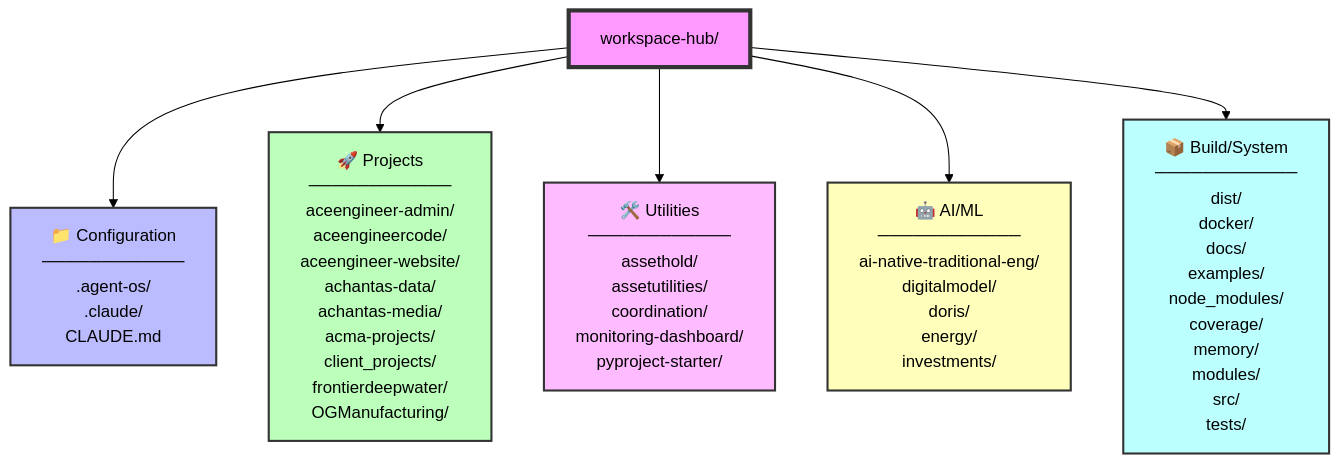
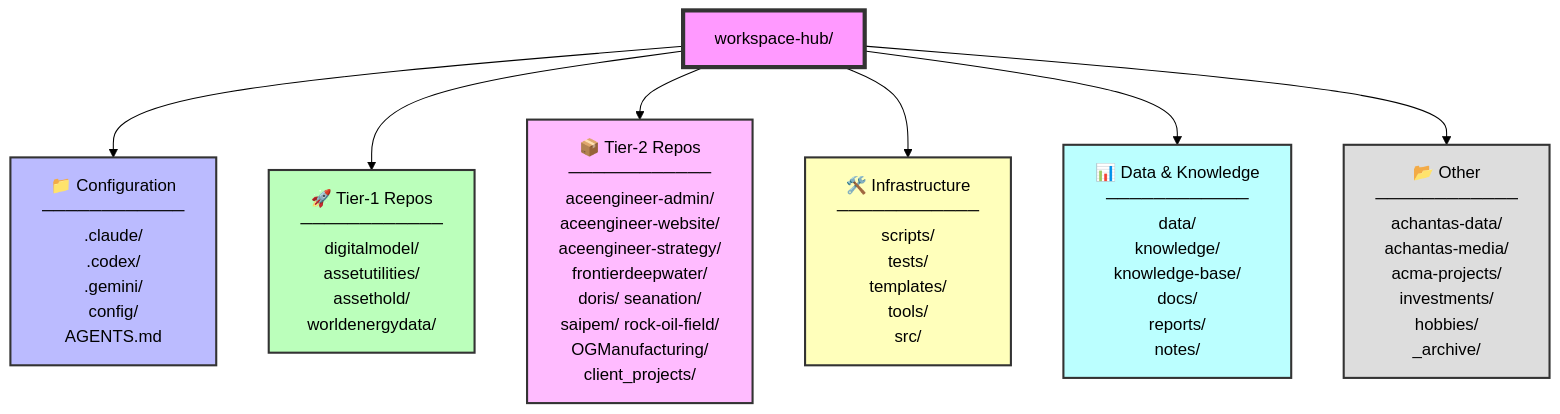
One commit to vamseeachanta/workspace-hub changed the first of 4 diagrams in docs/modules/ai-native/workspace-hub-structure.md. Above: the diagram before and after it, drawn with Mermaid (forest theme). The commit also changed other lines of this file, not shown here.

````diff
--- a/docs/modules/ai-native/workspace-hub-structure.md
+++ b/docs/modules/ai-native/workspace-hub-structure.md
@@ -8,21 +9,24 @@
 ```mermaid
 graph TB
     WH[workspace-hub/]
 
-    WH --> CONF["📁 Configuration<br/>────────────<br/>.agent-os/<br/>.claude/<br/>CLAUDE.md"]
+    WH --> CONFIG["📁 Configuration<br/>────────────<br/>.claude/<br/>.codex/<br/>.gemini/<br/>config/<br/>AGENTS.md"]
 
-    WH --> PROJ["🚀 Projects<br/>────────────<br/>aceengineer-admin/<br/>aceengineercode/<br/>aceengineer-website/<br/>achantas-data/<br/>achantas-media/<br/>acma-projects/<br/>client_projects/<br/>frontierdeepwater/<br/>OGManufacturing/"]
+    WH --> TIER1["🚀 Tier-1 Repos<br/>────────────<br/>digitalmodel/<br/>assetutilities/<br/>assethold/<br/>worldenergydata/"]
 
-    WH --> UTIL["🛠️ Utilities<br/>────────────<br/>assethold/<br/>assetutilities/<br/>coordination/<br/>monitoring-dashboard/<br/>pyproject-starter/"]
+    WH --> TIER2["📦 Tier-2 Repos<br/>────────────<br/>aceengineer-admin/<br/>aceengineer-website/<br/>aceengineer-strategy/<br/>frontierdeepwater/<br/>doris/ seanation/<br/>saipem/ rock-oil-field/<br/>OGManufacturing/<br/>client_projects/"]
 
-    WH --> AIML["🤖 AI/ML<br/>────────────<br/>ai-native-traditional-eng/<br/>digitalmodel/<br/>doris/<br/>energy/<br/>investments/"]
+    WH --> INFRA["🛠️ Infrastructure<br/>────────────<br/>scripts/<br/>tests/<br/>templates/<br/>tools/<br/>src/"]
 
-    WH --> BUILD["📦 Build/System<br/>────────────<br/>dist/<br/>docker/<br/>docs/<br/>examples/<br/>node_modules/<br/>coverage/<br/>memory/<br/>modules/<br/>src/<br/>tests/"]
+    WH --> DATA["📊 Data & Knowledge<br/>────────────<br/>data/<br/>knowledge/<br/>knowledge-base/<br/>docs/<br/>reports/<br/>notes/"]
+
+    WH --> OTHER["📂 Other<br/>────────────<br/>achantas-data/<br/>achantas-media/<br/>acma-projects/<br/>investments/<br/>hobbies/<br/>_archive/"]
 
     style WH fill:#f9f,stroke:#333,stroke-width:4px
-    style CONF fill:#bbf,stroke:#333,stroke-width:2px
-    style PROJ fill:#bfb,stroke:#333,stroke-width:2px
-    style UTIL fill:#fbf,stroke:#333,stroke-width:2px
-    style AIML fill:#ffb,stroke:#333,stroke-width:2px
-    style BUILD fill:#bff,stroke:#333,stroke-width:2px
+    style CONFIG fill:#bbf,stroke:#333,stroke-width:2px
+    style TIER1 fill:#bfb,stroke:#333,stroke-width:2px
+    style TIER2 fill:#fbf,stroke:#333,stroke-width:2px
+    style INFRA fill:#ffb,stroke:#333,stroke-width:2px
+    style DATA fill:#bff,stroke:#333,stroke-width:2px
+    style OTHER fill:#ddd,stroke:#333,stroke-width:2px
 ```
````
